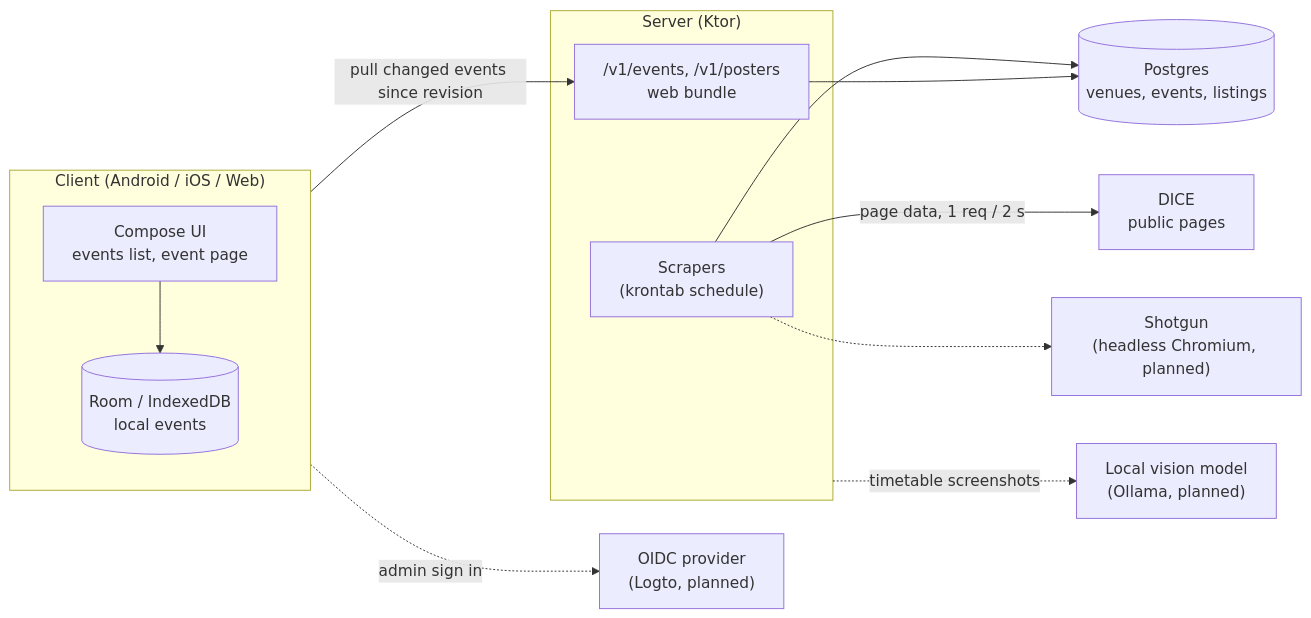
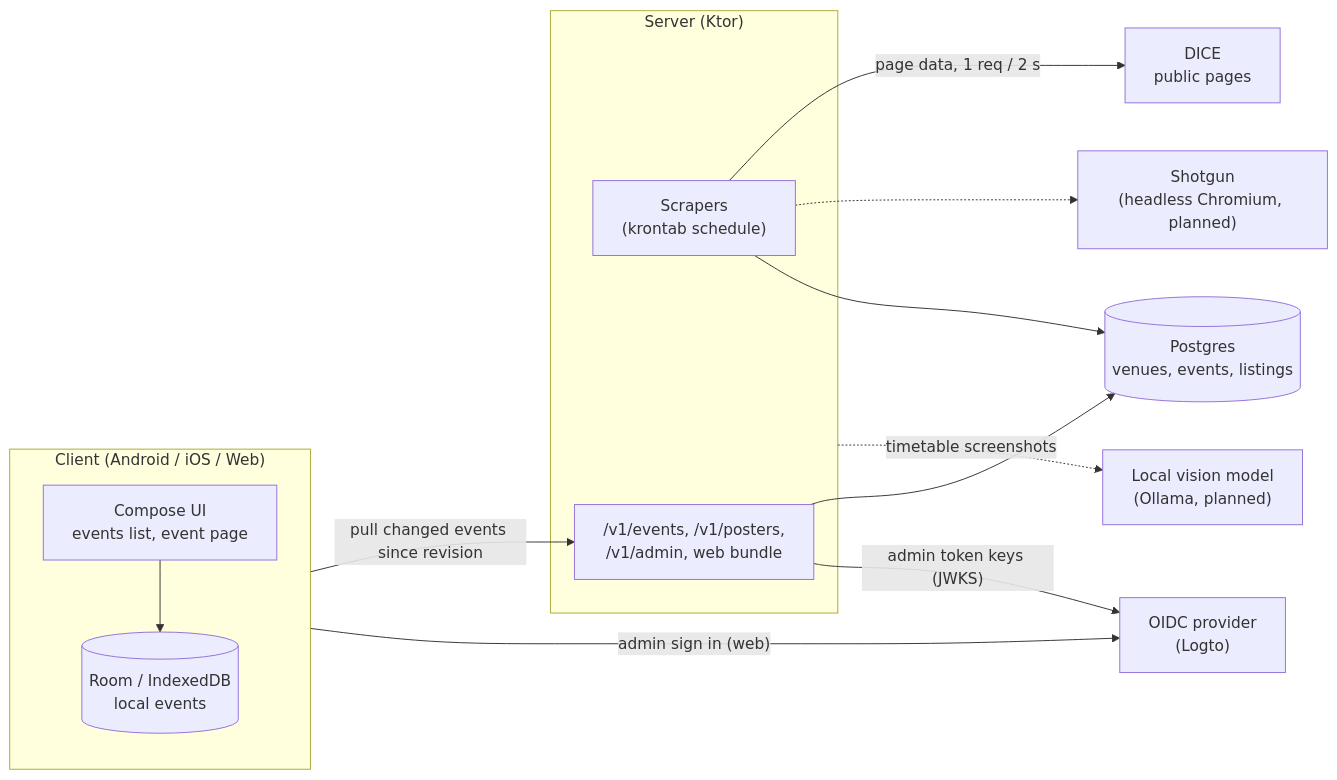
Before and after one commit to Axl-Lvy/TimeTabler: the diagram in README.md, drawn with Mermaid. The commit also changed other lines of this file and 32 other files, not shown here.

Commit message:
feat: admin sign-in with Logto (#39)

````diff
--- a/README.md
+++ b/README.md
@@ -19,27 +19,28 @@
 ```mermaid
 flowchart LR
     subgraph Client["Client (Android / iOS / Web)"]
         UI["Compose UI\nevents list, event page"]
         LocalDB[("Room / IndexedDB\nlocal events")]
         UI --> LocalDB
     end
 
     subgraph Server["Server (Ktor)"]
         Scraper["Scrapers\n(krontab schedule)"]
-        Api["/v1/events, /v1/posters\nweb bundle"]
+        Api["/v1/events, /v1/posters,\n/v1/admin, web bundle"]
     end
 
     Postgres[("Postgres\nvenues, events, listings")]
     Dice["DICE\npublic pages"]
     Shotgun["Shotgun\n(headless Chromium, planned)"]
-    Oidc["OIDC provider\n(Logto, planned)"]
+    Oidc["OIDC provider\n(Logto)"]
     Vision["Local vision model\n(Ollama, planned)"]
 
     Client -- "pull changed events since revision" --> Api
     Scraper -- "page data, 1 req / 2 s" --> Dice
     Scraper -.-> Shotgun
     Scraper --> Postgres
     Api --> Postgres
-    Client -. "admin sign in" .-> Oidc
+    Client -- "admin sign in (web)" --> Oidc
+    Api -- "admin token keys (JWKS)" --> Oidc
     Server -. "timetable screenshots" .-> Vision
 ```
````
